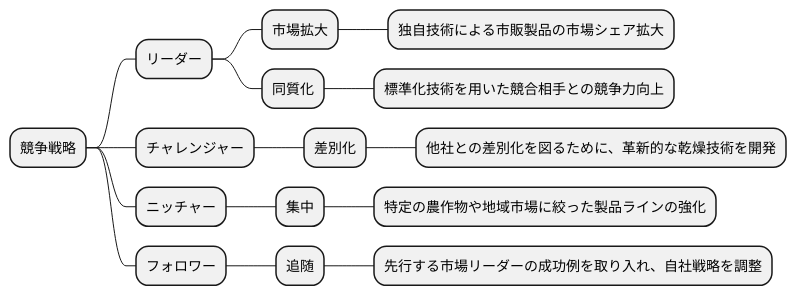
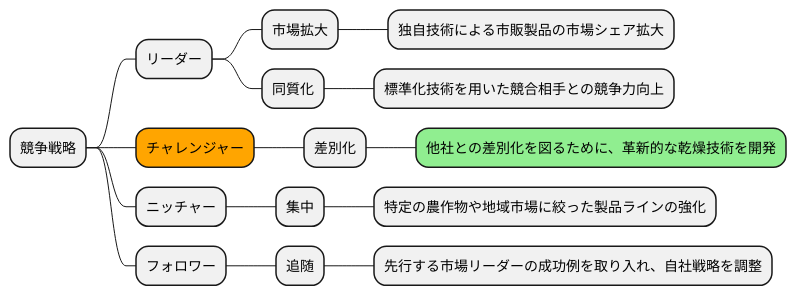
The ninth of 16 diagrams in docs/case/r01_case_1.adoc (k2works/case-sutudy-business-analysis), drawn with PlantUML before and after one commit. The commit also changed other lines of this file, not shown here.

```diff
--- a/docs/case/r01_case_1.adoc
+++ b/docs/case/r01_case_1.adoc
@@ -259,25 +287,22 @@
 [plantuml]
 ----
 @startmindmap
 
 * 競争戦略
 ** リーダー
 *** 市場拡大
 **** 独自技術による市販製品の市場シェア拡大
 *** 同質化
 **** 標準化技術を用いた競合相手との競争力向上
-
-** チャレンジャー
+**[#orange] チャレンジャー
 *** 差別化
-**** 他社との差別化を図るために、革新的な乾燥技術を開発
-
+****[#lightgreen] 他社との差別化を図るために、革新的な乾燥技術を開発
 ** ニッチャー
 *** 集中
 **** 特定の農作物や地域市場に絞った製品ラインの強化
-
 ** フォロワー
 *** 追随
 **** 先行する市場リーダーの成功例を取り入れ、自社戦略を調整
 
 @endmindmap
 ----
```
